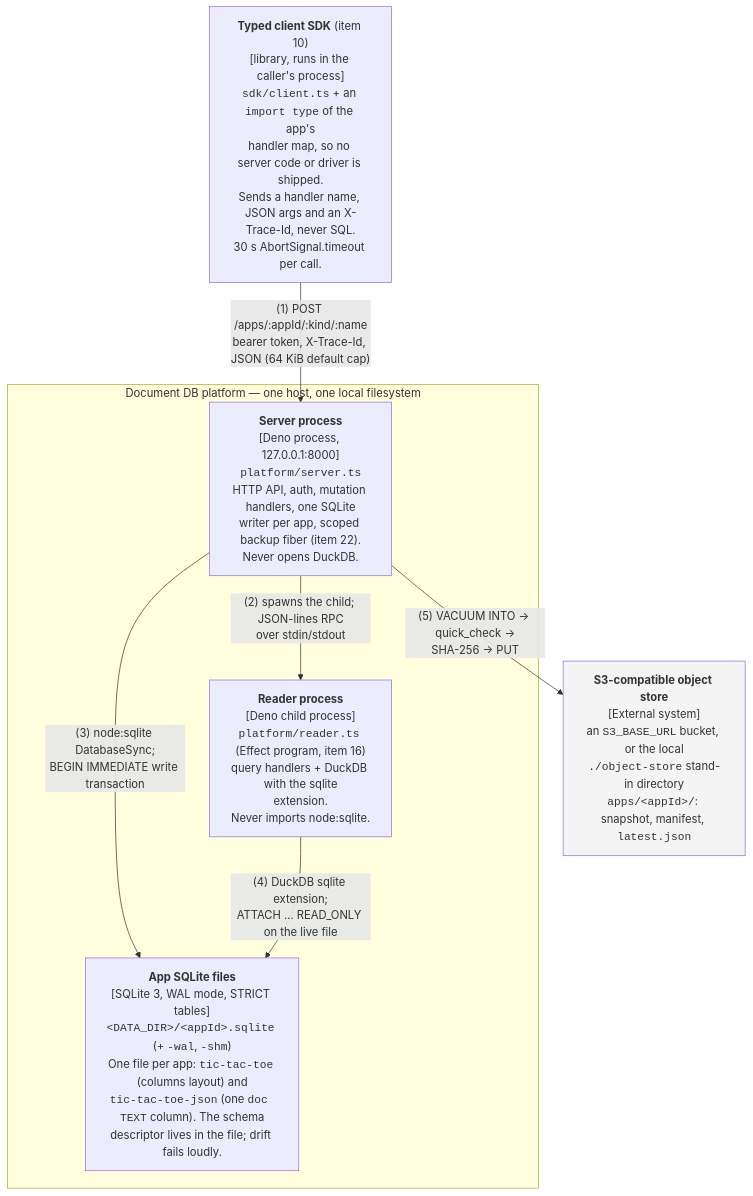
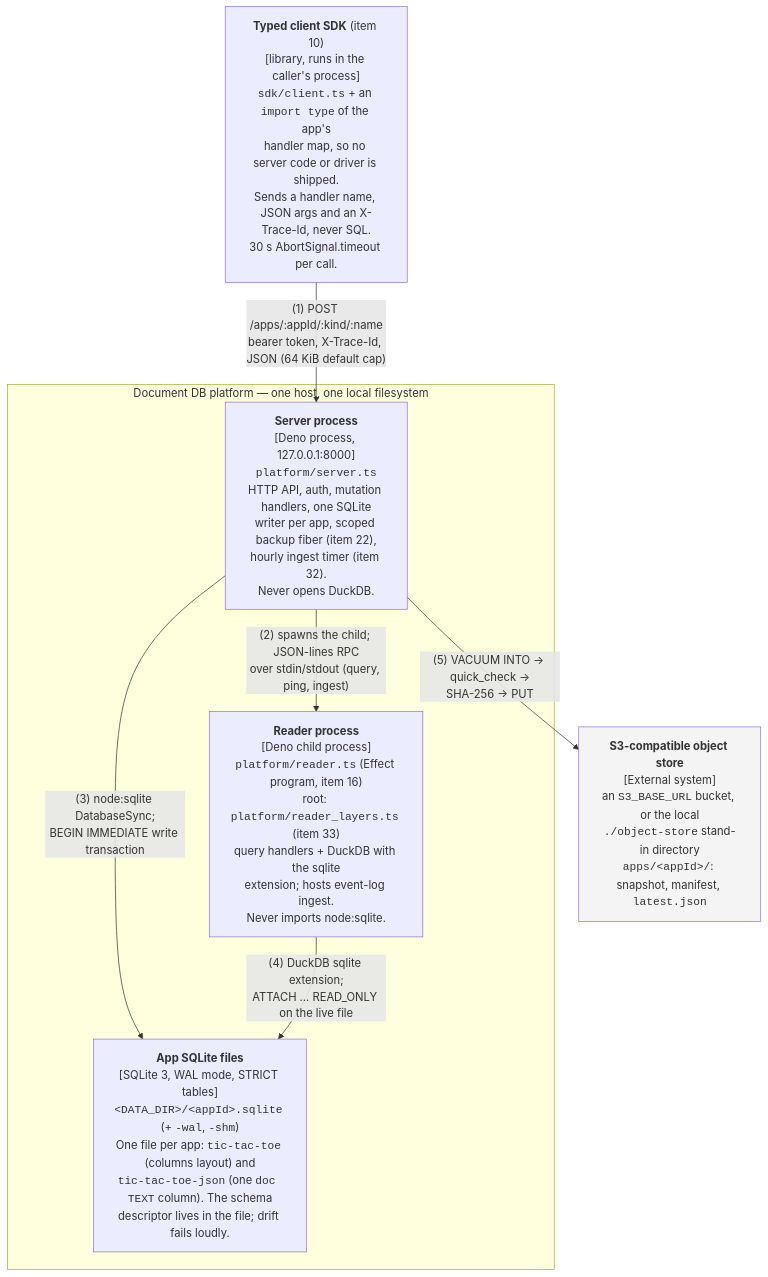
One commit to nickstrad/ts-db changed the diagram in docs/architecture/c4-container-platform.github.md. Above: the diagram before and after it, drawn with Mermaid. The commit also changed other lines of this file and 14 other files, not shown here.

First line of the commit message:
docs: reconcile architecture and runtime documentation (item 37)

````diff
--- a/docs/architecture/c4-container-platform.github.md
+++ b/docs/architecture/c4-container-platform.github.md
@@ -20,22 +23,22 @@
 ```mermaid
 flowchart TB
         sdk["<b>Typed client SDK</b> (item 10)<br/>[library, runs in the caller's process]<br/><code>sdk/client.ts</code> + an <code>import type</code> of the app's<br/>handler map, so no server code or driver is shipped.<br/>Sends a handler name, JSON args and an X-Trace-Id, never SQL.<br/>30 s AbortSignal.timeout per call."]
     subgraph host["Document DB platform — one host, one local filesystem"]
-        server["<b>Server process</b><br/>[Deno process, 127.0.0.1:8000]<br/><code>platform/server.ts</code><br/>HTTP API, auth, mutation handlers, one SQLite<br/>writer per app, scoped backup fiber (item 22).<br/>Never opens DuckDB."]
-        reader["<b>Reader process</b><br/>[Deno child process]<br/><code>platform/reader.ts</code> (Effect program, item 16)<br/>query handlers + DuckDB with the sqlite<br/>extension.<br/>Never imports node:sqlite."]
+        server["<b>Server process</b><br/>[Deno process, 127.0.0.1:8000]<br/><code>platform/server.ts</code><br/>HTTP API, auth, mutation handlers, one SQLite<br/>writer per app, scoped backup fiber (item 22),<br/>hourly ingest timer (item 32).<br/>Never opens DuckDB."]
+        reader["<b>Reader process</b><br/>[Deno child process]<br/><code>platform/reader.ts</code> (Effect program, item 16)<br/>root: <code>platform/reader_layers.ts</code> (item 33)<br/>query handlers + DuckDB with the sqlite<br/>extension; hosts event-log ingest.<br/>Never imports node:sqlite."]
         files["<b>App SQLite files</b><br/>[SQLite 3, WAL mode, STRICT tables]<br/><code>&lt;DATA_DIR&gt;/&lt;appId&gt;.sqlite</code> (+ <code>-wal</code>, <code>-shm</code>)<br/>One file per app: <code>tic-tac-toe</code> (columns layout) and<br/><code>tic-tac-toe-json</code> (one <code>doc TEXT</code> column). The schema<br/>descriptor lives in the file; drift fails loudly."]
     end
 
     store["<b>S3-compatible object store</b><br/>[External system]<br/>an <code>S3_BASE_URL</code> bucket, or the local<br/><code>./object-store</code> stand-in directory<br/><code>apps/&lt;appId&gt;/</code>: snapshot, manifest, <code>latest.json</code>"]
 
     sdk -->|"(1) POST /apps/:appId/:kind/:name<br/>bearer token, X-Trace-Id, JSON (64 KiB default cap)"| server
-    server -->|"(2) spawns the child; JSON-lines RPC<br/>over stdin/stdout"| reader
+    server -->|"(2) spawns the child; JSON-lines RPC<br/>over stdin/stdout (query, ping, ingest)"| reader
     server -->|"(3) node:sqlite DatabaseSync;<br/>BEGIN IMMEDIATE write transaction"| files
     reader -->|"(4) DuckDB sqlite extension;<br/>ATTACH … READ_ONLY on the live file"| files
     server -->|"(5) VACUUM INTO → quick_check →<br/>SHA-256 → PUT"| store
 
     classDef planned stroke-dasharray: 5 3
     classDef person fill:#fff,stroke-width:2px
     classDef external fill:#f4f4f4
     class store external
 ```
````
